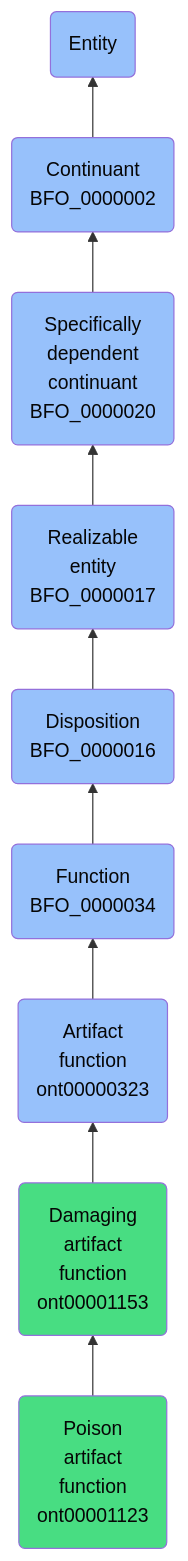
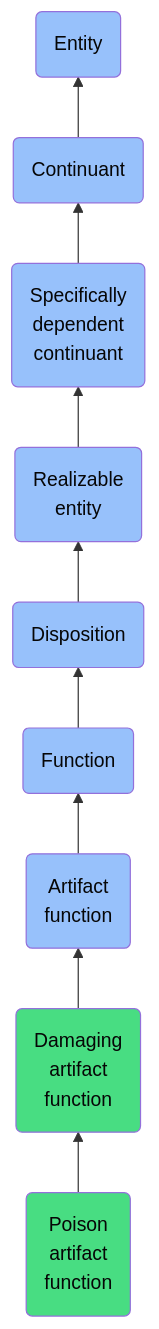
Before and after one commit to jupyter-naas/abi: the diagram in docs/ontology/reference/model/Entity/Continuant/Specifically dependent continuant/Realizable entity/Disposition/Function/Artifact function/Damaging artifact function/Poison artifact function/Poison artifact function.md, drawn with Mermaid. The commit also changed other lines of this file and 1430 other files, not shown here.

````diff
--- a/docs/ontology/reference/model/Entity/Continuant/Specifically dependent continuant/Realizable entity/Disposition/Function/Artifact function/Damaging artifact function/Poison artifact function/Poison artifact function.md
+++ b/docs/ontology/reference/model/Entity/Continuant/Specifically dependent continuant/Realizable entity/Disposition/Function/Artifact function/Damaging artifact function/Poison artifact function/Poison artifact function.md
@@ -24,16 +24,16 @@
 ```mermaid
 graph BT
-    ont00001123(Poison<br>artifact<br>function<br>ont00001123):::ABI-->ont00001153
-    ont00001153(Damaging<br>artifact<br>function<br>ont00001153):::ABI-->ont00000323
-    ont00000323(Artifact<br>function<br>ont00000323):::BFO-->BFO_0000034
-    BFO_0000034(Function<br>BFO_0000034):::BFO-->BFO_0000016
-    BFO_0000016(Disposition<br>BFO_0000016):::BFO-->BFO_0000017
-    BFO_0000017(Realizable<br>entity<br>BFO_0000017):::BFO-->BFO_0000020
-    BFO_0000020(Specifically<br>dependent<br>continuant<br>BFO_0000020):::BFO-->BFO_0000002
-    BFO_0000002(Continuant<br>BFO_0000002):::BFO-->BFO_0000001
+    ont00001123(Poison<br>artifact<br>function):::ABI-->ont00001153
+    ont00001153(Damaging<br>artifact<br>function):::ABI-->ont00000323
+    ont00000323(Artifact<br>function):::BFO-->BFO_0000034
+    BFO_0000034(Function):::BFO-->BFO_0000016
+    BFO_0000016(Disposition):::BFO-->BFO_0000017
+    BFO_0000017(Realizable<br>entity):::BFO-->BFO_0000020
+    BFO_0000020(Specifically<br>dependent<br>continuant):::BFO-->BFO_0000002
+    BFO_0000002(Continuant):::BFO-->BFO_0000001
     BFO_0000001(Entity):::BFO
     
     classDef BFO fill:#97c1fb,color:#060606
     classDef CCO fill:#e4c51e,color:#060606
     classDef ABI fill:#48DD82,color:#060606
 ```
````
